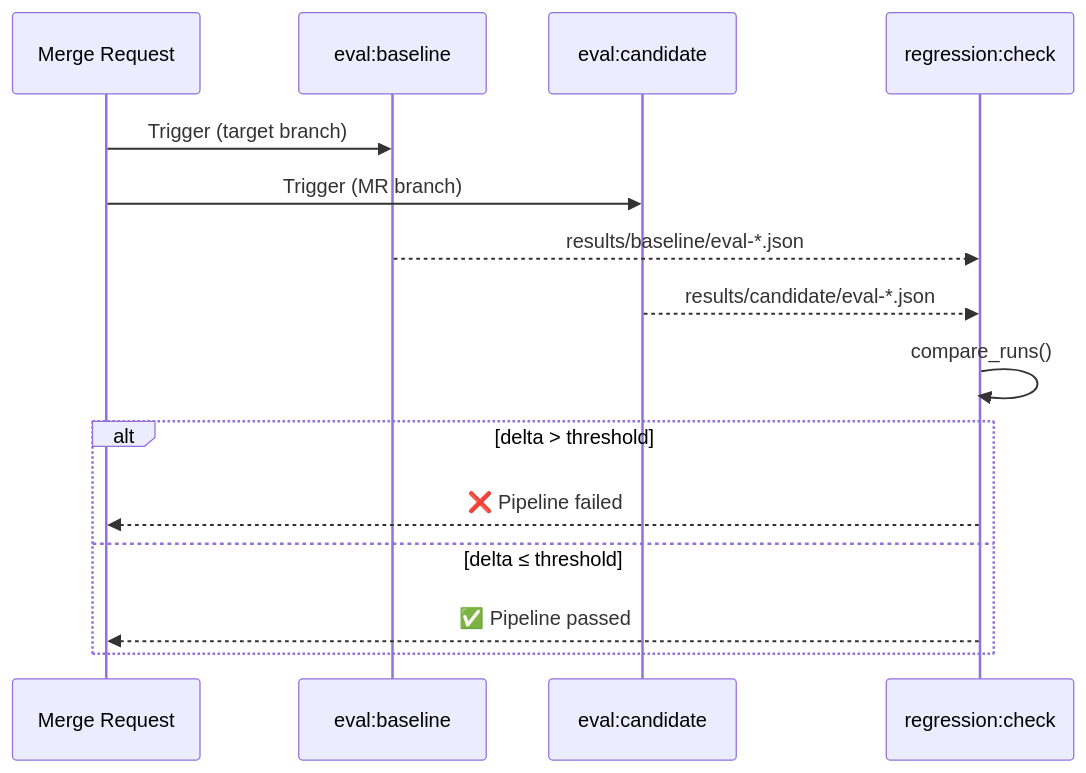
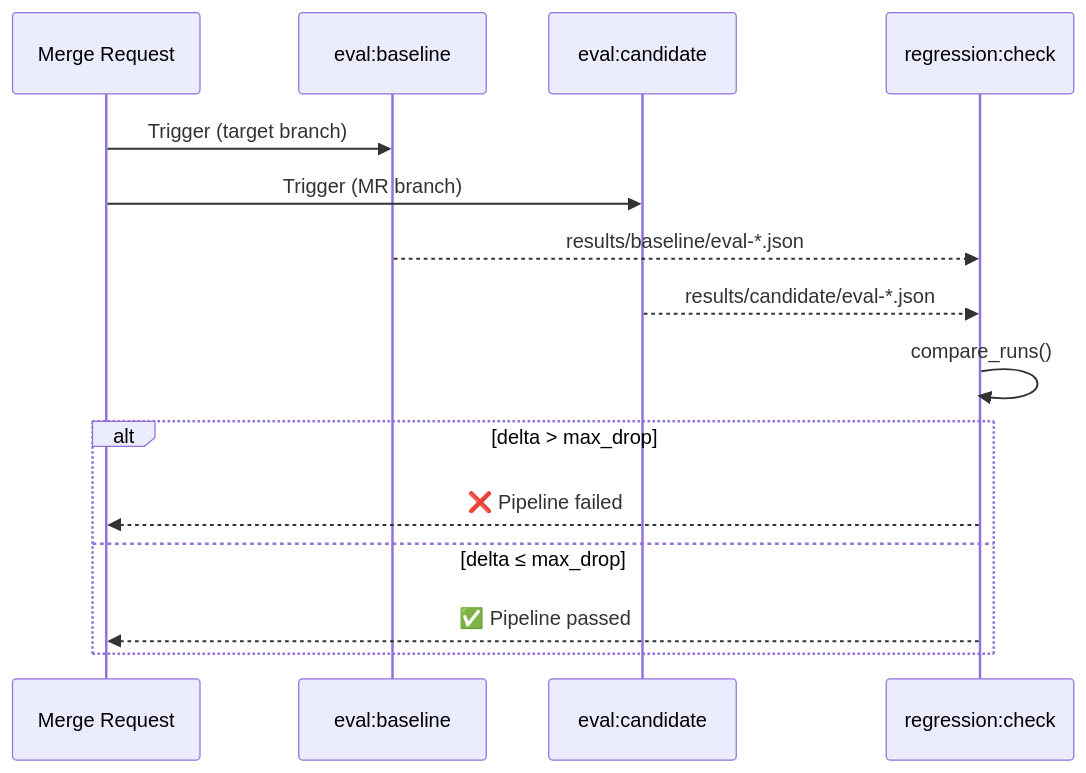
Before and after one commit to NVIDIA-NeMo/Evaluator: the diagram in docs/deployment/ci-regression.md, drawn with Mermaid. The commit also changed other lines of this file and 13 other files, not shown here.

````diff
--- a/docs/deployment/ci-regression.md
+++ b/docs/deployment/ci-regression.md
@@ -57,18 +57,18 @@
 ```{mermaid}
 sequenceDiagram
     participant MR as Merge Request
     participant B as eval:baseline
     participant C as eval:candidate
     participant R as regression:check
 
     MR->>B: Trigger (target branch)
     MR->>C: Trigger (MR branch)
     B-->>R: results/baseline/eval-*.json
     C-->>R: results/candidate/eval-*.json
     R->>R: compare_runs()
-    alt delta > threshold
+    alt delta > max_drop
         R-->>MR: ❌ Pipeline failed
-    else delta ≤ threshold
+    else delta ≤ max_drop
         R-->>MR: ✅ Pipeline passed
     end
 ```
````
